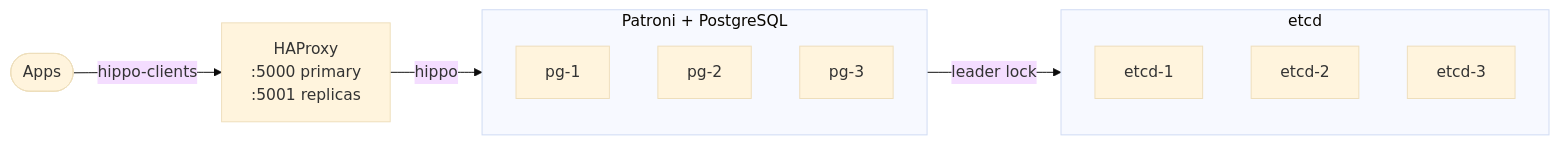
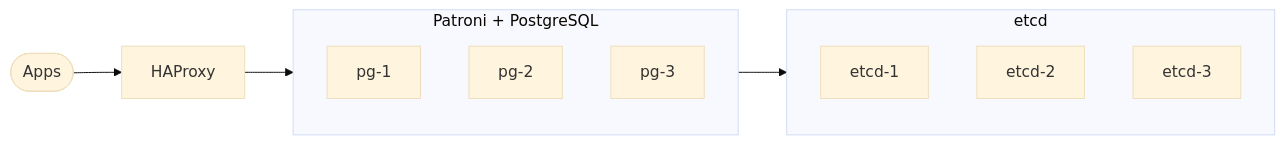
One commit to nicebots-xyz/cool-database-nice changed the diagram in README.md. Above: the diagram before and after it, drawn with Mermaid (base theme). The commit also changed other lines of this file, not shown here.

````diff
--- a/README.md
+++ b/README.md
@@ -10,16 +10,16 @@
 ```mermaid
 flowchart LR
-  apps([Apps]) -- hippo-clients --> haproxy["HAProxy<br>:5000 primary<br>:5001 replicas"]
-  haproxy -- hippo --> pg
+  apps([Apps]) --> haproxy[HAProxy]
+  haproxy --> pg
   subgraph pg [Patroni + PostgreSQL]
     pg1[pg-1]
     pg2[pg-2]
     pg3[pg-3]
   end
-  pg -- leader lock --> etcd
+  pg --> etcd
   subgraph etcd [etcd]
     etcd1[etcd-1]
     etcd2[etcd-2]
     etcd3[etcd-3]
   end
 ```
````
